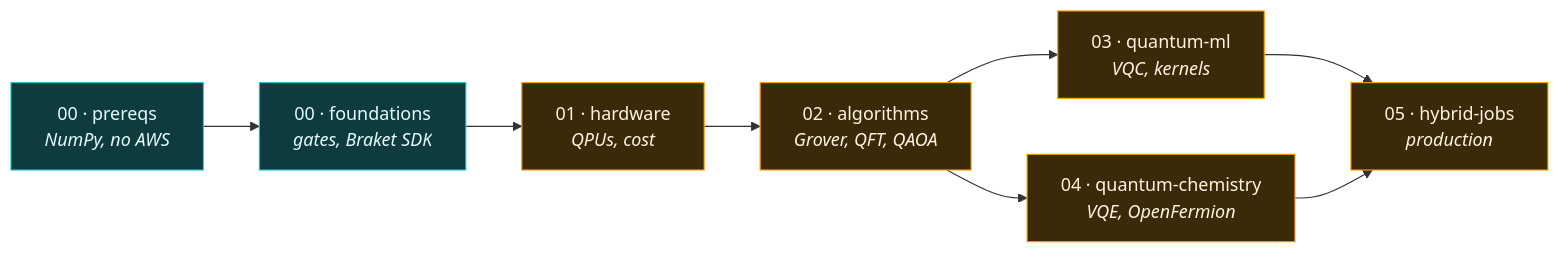
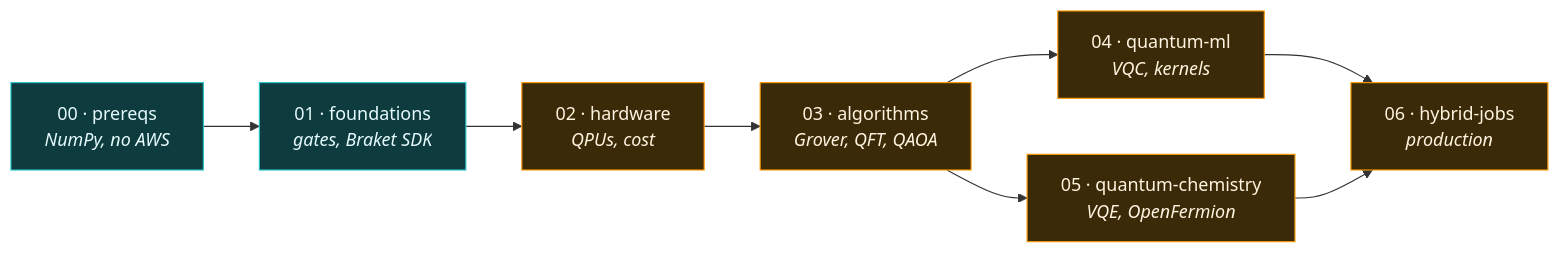
The first of 5 diagrams in README.md (AltivumInc-Admin/quantum-computing), drawn with Mermaid before and after one commit. The commit also changed other lines of this file and 22 other files, not shown here.

First line of the commit message:
feat(web): 05-quantum-chemistry overhaul — VQE narrative + qjw/qham/qvqe/qpes widgets (#10)

````diff
--- a/README.md
+++ b/README.md
@@ -73,15 +73,15 @@
 ```mermaid
 flowchart LR
-    P["00 · prereqs<br/><i>NumPy, no AWS</i>"] --> F["00 · foundations<br/><i>gates, Braket SDK</i>"]
-    F --> H["01 · hardware<br/><i>QPUs, cost</i>"]
-    H --> A["02 · algorithms<br/><i>Grover, QFT, QAOA</i>"]
-    A --> ML["03 · quantum-ml<br/><i>VQC, kernels</i>"]
-    A --> CH["04 · quantum-chemistry<br/><i>VQE, OpenFermion</i>"]
-    ML --> J["05 · hybrid-jobs<br/><i>production</i>"]
+    P["00 · prereqs<br/><i>NumPy, no AWS</i>"] --> F["01 · foundations<br/><i>gates, Braket SDK</i>"]
+    F --> H["02 · hardware<br/><i>QPUs, cost</i>"]
+    H --> A["03 · algorithms<br/><i>Grover, QFT, QAOA</i>"]
+    A --> ML["04 · quantum-ml<br/><i>VQC, kernels</i>"]
+    A --> CH["05 · quantum-chemistry<br/><i>VQE, OpenFermion</i>"]
+    ML --> J["06 · hybrid-jobs<br/><i>production</i>"]
     CH --> J
 
     classDef free fill:#0d3b3e,stroke:#22c3c9,color:#e6fbfc;
     classDef aws fill:#3a2a08,stroke:#ff9900,color:#fff4e0;
     class P,F free;
     class H,A,ML,CH,J aws;
 ```
````
